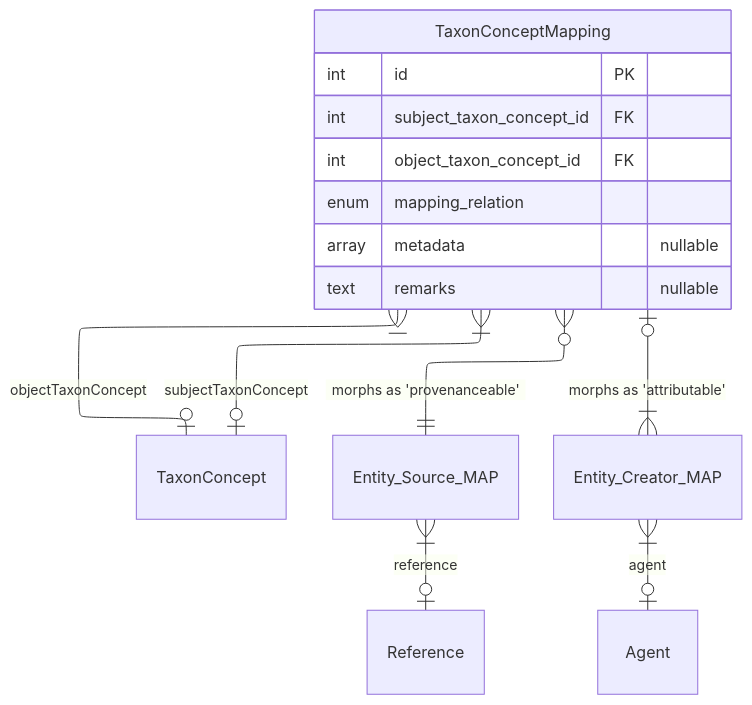
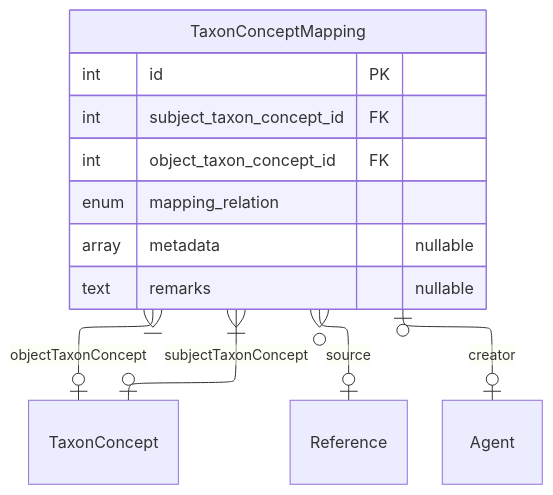
Before and after one commit to vicflora/vicflora-docs: the diagram in source/_mermaid/layer-1b-mapping.mmd, drawn with Mermaid. The commit also changed 26 other files, not shown here.

```diff
--- a/source/_mermaid/layer-1b-mapping.mmd
+++ b/source/_mermaid/layer-1b-mapping.mmd
@@ -1,20 +1,18 @@
 ---
 config:
     layout: elk
 ---
 erDiagram
   TaxonConceptMapping }|--o| TaxonConcept : "subjectTaxonConcept"
   TaxonConceptMapping }|--o| TaxonConcept : "objectTaxonConcept"
-  TaxonConceptMapping }o--|| Entity_Source_MAP : "morphs as 'provenanceable'"
-  Entity_Source_MAP }|--o| Reference : "reference"
-  TaxonConceptMapping |o--|{ Entity_Creator_MAP : "morphs as 'attributable'"
-  Entity_Creator_MAP }|--o| Agent : "agent"
+  TaxonConceptMapping }o--o| Reference : "source"
+  TaxonConceptMapping |o--o| Agent : "creator"
   
   TaxonConceptMapping {
     int id PK
     int subject_taxon_concept_id FK
     int object_taxon_concept_id FK
     enum mapping_relation
     array metadata "nullable"
     text remarks "nullable"
   }
```
